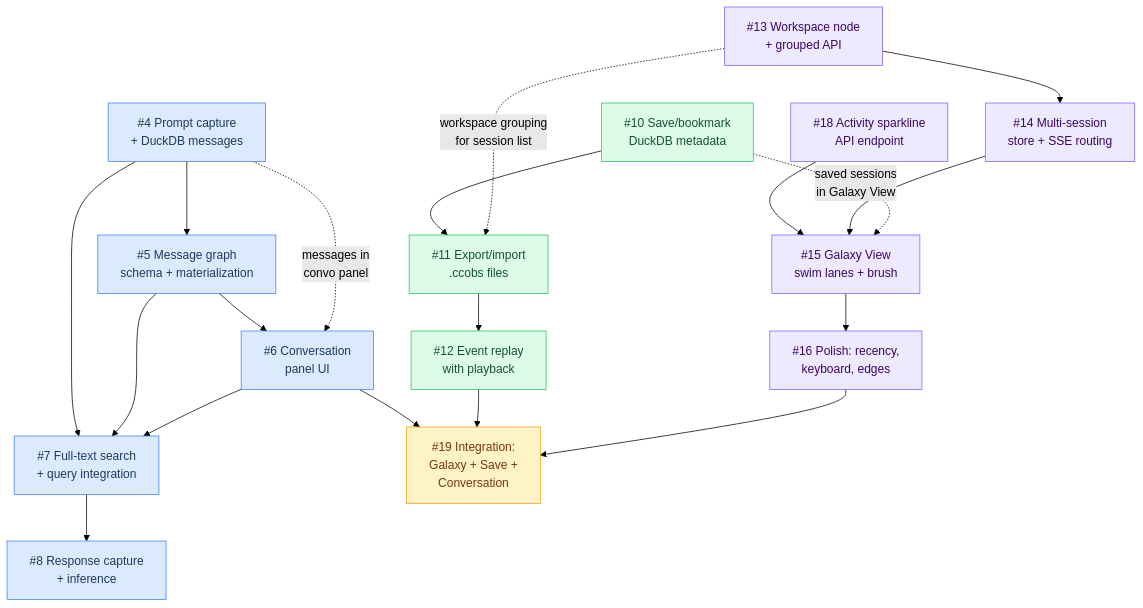
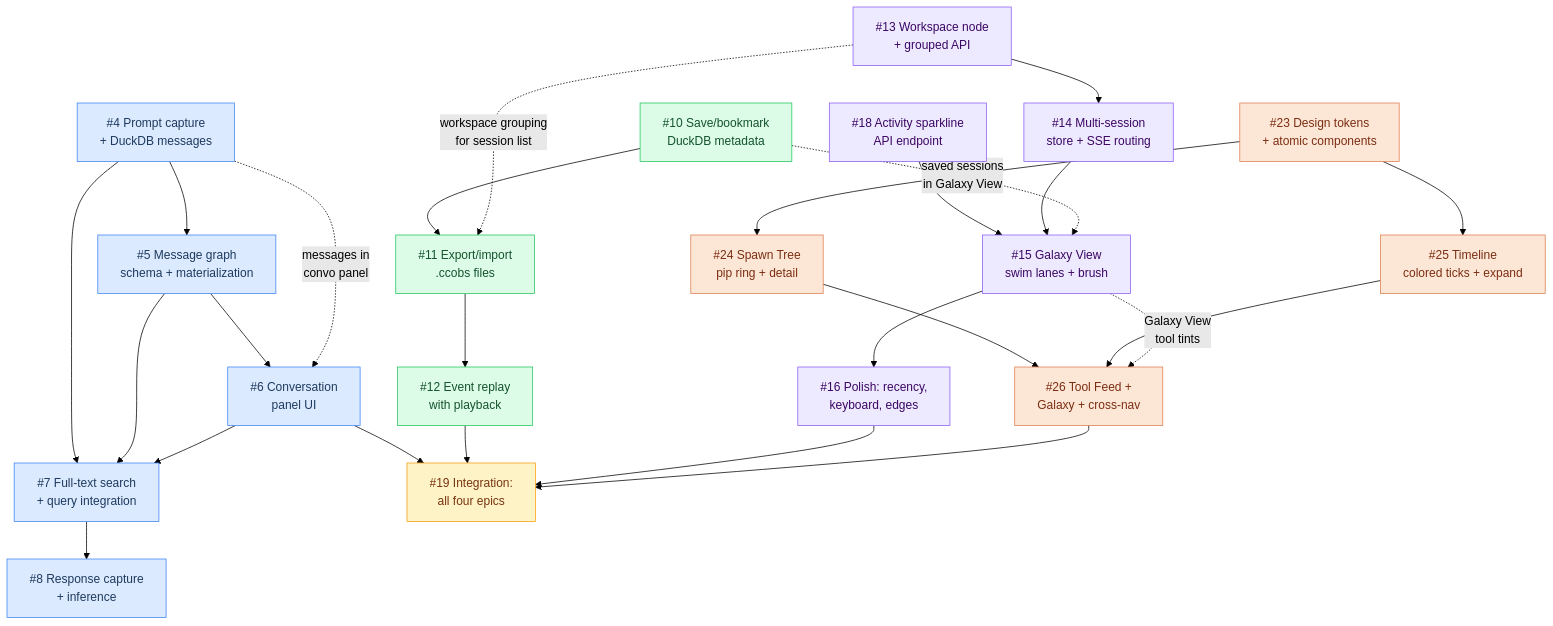
Before and after one commit to halcyondude/observable-claude: the second of 2 diagrams in docs/plans/v1-roadmap.md, drawn with Mermaid (forest theme). The commit also changed other lines of this file, not shown here.

Commit message:
docs: add Track D (tool viz) to v1 roadmap, update dependency graph and execution plan

````diff
--- a/docs/plans/v1-roadmap.md
+++ b/docs/plans/v1-roadmap.md
@@ -75,54 +75,68 @@
 ```mermaid
 flowchart TB
     classDef convo fill:#dbeafe,stroke:#3b82f6,color:#1e3a5f
     classDef save fill:#dcfce7,stroke:#22c55e,color:#14532d
     classDef galaxy fill:#ede9fe,stroke:#8b5cf6,color:#3b0764
     classDef integration fill:#fef3c7,stroke:#f59e0b,color:#78350f
+    classDef toolviz fill:#fce7d6,stroke:#e07c4f,color:#7c2d12
 
     %% Agent Conversations epic (#3)
     4["#4 Prompt capture\n+ DuckDB messages"]:::convo
     5["#5 Message graph\nschema + materialization"]:::convo
     6["#6 Conversation\npanel UI"]:::convo
     7["#7 Full-text search\n+ query integration"]:::convo
     8["#8 Response capture\n+ inference"]:::convo
 
     %% Session Save & Replay epic (#9)
     10["#10 Save/bookmark\nDuckDB metadata"]:::save
     11["#11 Export/import\n.ccobs files"]:::save
     12["#12 Event replay\nwith playback"]:::save
 
     %% Galaxy View epic (#17)
     13["#13 Workspace node\n+ grouped API"]:::galaxy
     18["#18 Activity sparkline\nAPI endpoint"]:::galaxy
     14["#14 Multi-session\nstore + SSE routing"]:::galaxy
     15["#15 Galaxy View\nswim lanes + brush"]:::galaxy
     16["#16 Polish: recency,\nkeyboard, edges"]:::galaxy
 
-    INT["#19 Integration:\nGalaxy + Save +\nConversation"]:::integration
+    %% Tool Call Visualization epic (#22)
+    23["#23 Design tokens\n+ atomic components"]:::toolviz
+    24["#24 Spawn Tree\npip ring + detail"]:::toolviz
+    25["#25 Timeline\ncolored ticks + expand"]:::toolviz
+    26["#26 Tool Feed +\nGalaxy + cross-nav"]:::toolviz
+
+    INT["#19 Integration:\nall four epics"]:::integration
 
     %% Intra-epic dependencies
     4 --> 5
     5 --> 6
     4 --> 7
     5 --> 7
     6 --> 7
     7 --> 8
 
     10 --> 11
     11 --> 12
 
     13 --> 14
     18 --> 15
     14 --> 15
     15 --> 16
 
+    23 --> 24
+    23 --> 25
+    24 --> 26
+    25 --> 26
+
     %% Cross-epic dependencies
     10 -.->|saved sessions\nin Galaxy View| 15
     4 -.->|messages in\nconvo panel| 6
     13 -.->|workspace grouping\nfor session list| 11
+    15 -.->|Galaxy View\ntool tints| 26
 
     %% Integration point
     6 --> INT
     12 --> INT
     16 --> INT
+    26 --> INT
 ```
````
